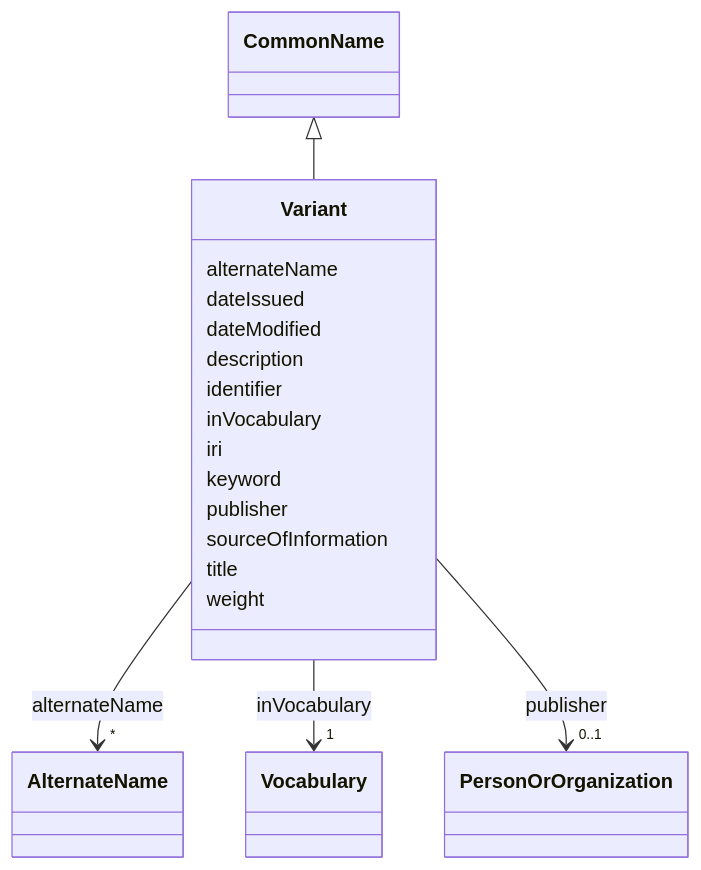
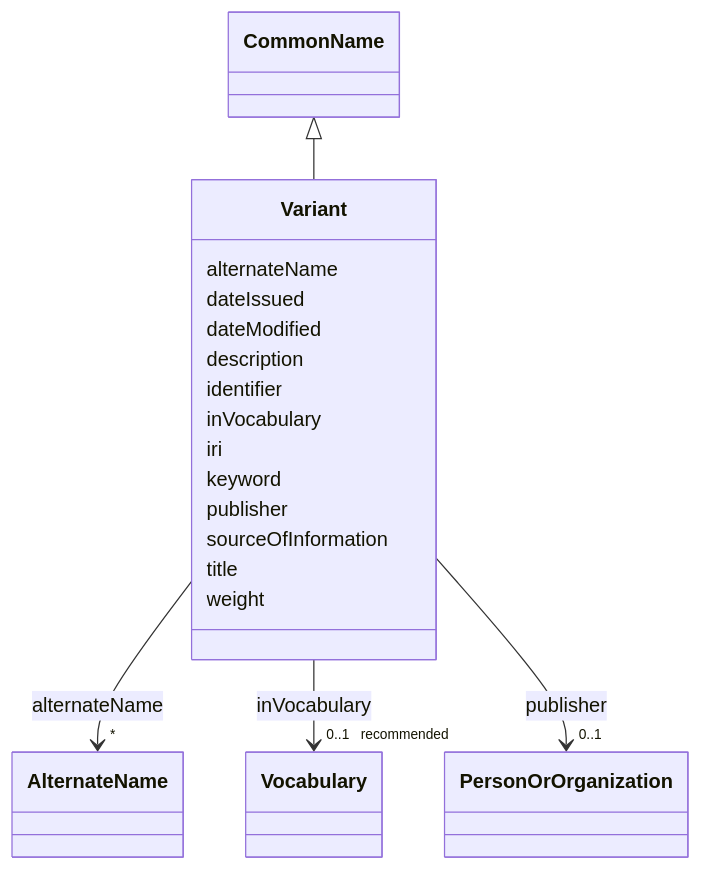
The diagram in models/docs/Variant.md (EVORA-project/evora-ontology), drawn with Mermaid before and after one commit. The commit also changed other lines of this file and 307 other files, not shown here.

````diff
--- a/models/docs/Variant.md
+++ b/models/docs/Variant.md
@@ -19,54 +19,54 @@
 ```mermaid
  classDiagram
     class Variant
     click Variant href "../Variant"
       CommonName <|-- Variant
         click CommonName href "../CommonName"
       
       Variant : alternateName
         
           
     
     
     Variant --> "*" AlternateName : alternateName
     click AlternateName href "../AlternateName"
 
         
       Variant : dateIssued
         
       Variant : dateModified
         
       Variant : description
         
       Variant : identifier
         
       Variant : inVocabulary
         
           
     
     
-    Variant --> "1" Vocabulary : inVocabulary
+    Variant --> "0..1 _recommended_" Vocabulary : inVocabulary
     click Vocabulary href "../Vocabulary"
 
         
       Variant : iri
         
       Variant : keyword
         
       Variant : publisher
         
           
     
     
     Variant --> "0..1" PersonOrOrganization : publisher
     click PersonOrOrganization href "../PersonOrOrganization"
 
         
       Variant : sourceOfInformation
         
       Variant : title
         
       Variant : weight
         
       
 ```
````
